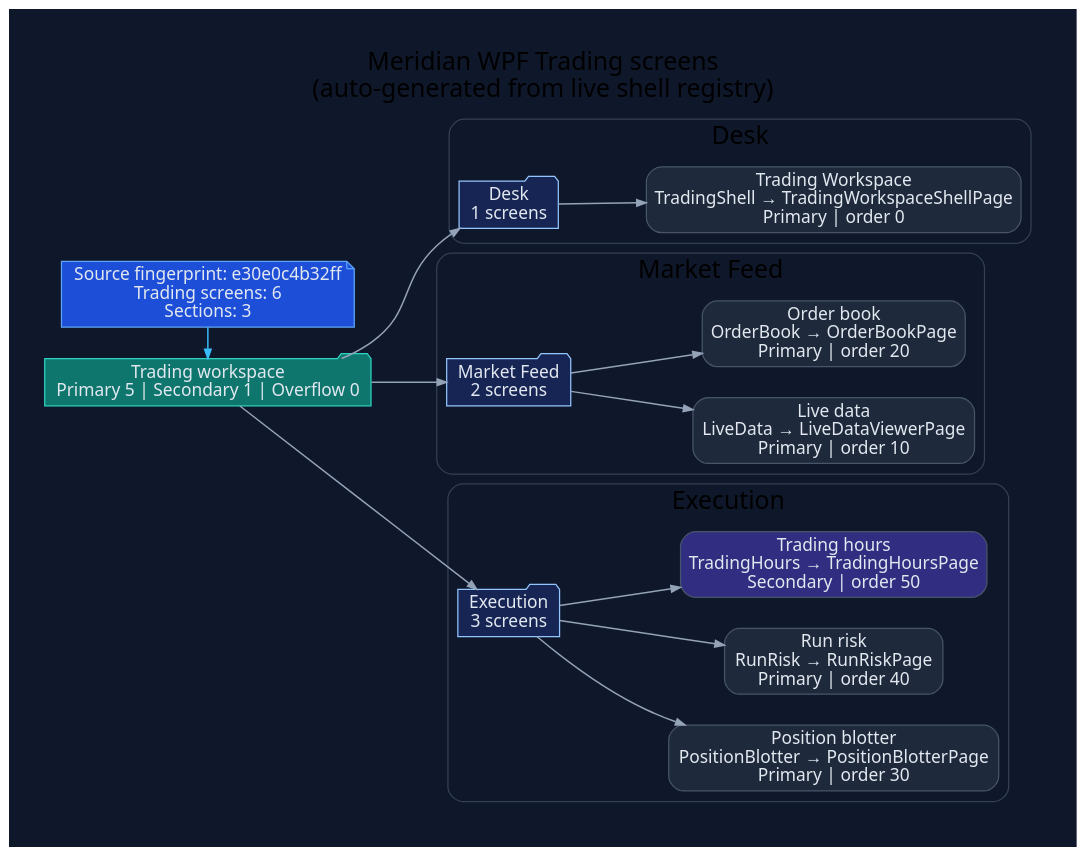
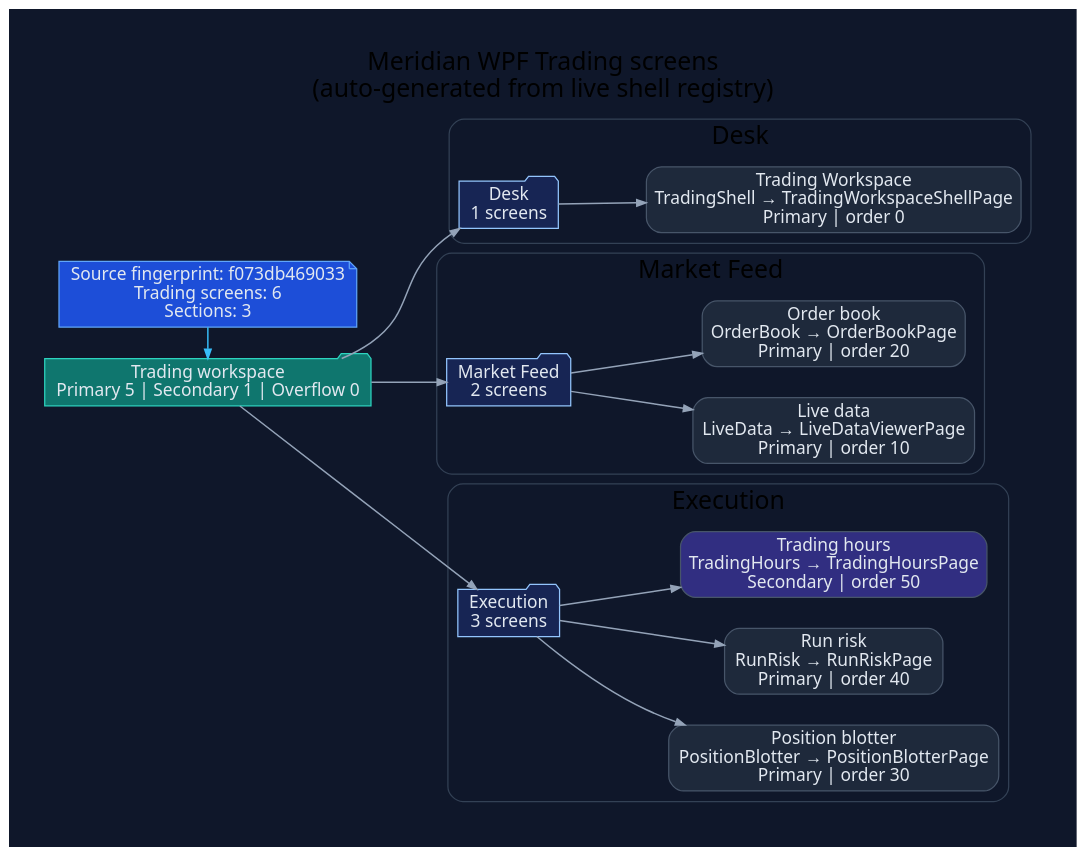
The diagram in docs/diagrams/ui/ui-wpf-screens-trading.dot (rodoHasArrived/Meridian-main), drawn with Graphviz before and after one commit. The commit also changed 45 other files, not shown here.

First line of the commit message:
Regenerate WPF diagrams and screen tracker for the review fixes

```diff
--- a/docs/diagrams/ui/ui-wpf-screens-trading.dot
+++ b/docs/diagrams/ui/ui-wpf-screens-trading.dot
@@ -1,62 +1,62 @@
 // -----------------------------------------------------------------------------
 // <auto-generated>
 // Generated by scripts/generate-diagrams.mjs.
 // Do not edit this file directly; update the WPF source files instead.
 // -----------------------------------------------------------------------------
 digraph WpfTradingScreens {
   graph [
     rankdir=LR,
     labelloc=t,
     label="Meridian WPF Trading screens\n(auto-generated from live shell registry)",
     fontname="Segoe UI",
     fontsize=20,
     pad=0.4,
     nodesep=0.35,
     ranksep=0.85,
     bgcolor="#0f172a"
   ];
   node [fontname="Segoe UI", shape=box, style="rounded,filled", color="#475569", fontcolor="#e2e8f0", fillcolor="#1e293b"];
   edge [fontname="Segoe UI", color="#94a3b8", penwidth=1.2, arrowsize=0.75];
 
-  generated [shape=note, fillcolor="#1d4ed8", color="#60a5fa", label="Source fingerprint: e30e0c4b32ff\nTrading screens: 6\nSections: 3"];
+  generated [shape=note, fillcolor="#1d4ed8", color="#60a5fa", label="Source fingerprint: f073db469033\nTrading screens: 6\nSections: 3"];
   workspace [shape=folder, fillcolor="#0f766e", color="#2dd4bf", label="Trading workspace\nPrimary 5 | Secondary 1 | Overflow 0"];
   generated -> workspace [color="#38bdf8"];
 
   subgraph cluster_section_1 {
     label="Desk";
     color="#334155";
     style="rounded";
     section_1 [shape=folder, fillcolor="#172554", color="#93c5fd", label="Desk\n1 screens"];
     workspace -> section_1;
     screen_TradingShell [fillcolor="#1e293b", label="Trading Workspace\nTradingShell → TradingWorkspaceShellPage\nPrimary | order 0"];
     section_1 -> screen_TradingShell;
   }
 
   subgraph cluster_section_2 {
     label="Market Feed";
     color="#334155";
     style="rounded";
     section_2 [shape=folder, fillcolor="#172554", color="#93c5fd", label="Market Feed\n2 screens"];
     workspace -> section_2;
     screen_LiveData [fillcolor="#1e293b", label="Live data\nLiveData → LiveDataViewerPage\nPrimary | order 10"];
     section_2 -> screen_LiveData;
     screen_OrderBook [fillcolor="#1e293b", label="Order book\nOrderBook → OrderBookPage\nPrimary | order 20"];
     section_2 -> screen_OrderBook;
   }
 
   subgraph cluster_section_3 {
     label="Execution";
     color="#334155";
     style="rounded";
     section_3 [shape=folder, fillcolor="#172554", color="#93c5fd", label="Execution\n3 screens"];
     workspace -> section_3;
     screen_PositionBlotter [fillcolor="#1e293b", label="Position blotter\nPositionBlotter → PositionBlotterPage\nPrimary | order 30"];
     section_3 -> screen_PositionBlotter;
     screen_RunRisk [fillcolor="#1e293b", label="Run risk\nRunRisk → RunRiskPage\nPrimary | order 40"];
     section_3 -> screen_RunRisk;
     screen_TradingHours [fillcolor="#312e81", label="Trading hours\nTradingHours → TradingHoursPage\nSecondary | order 50"];
     section_3 -> screen_TradingHours;
   }
 
   { rank=min; generated; workspace; }
 }
```
